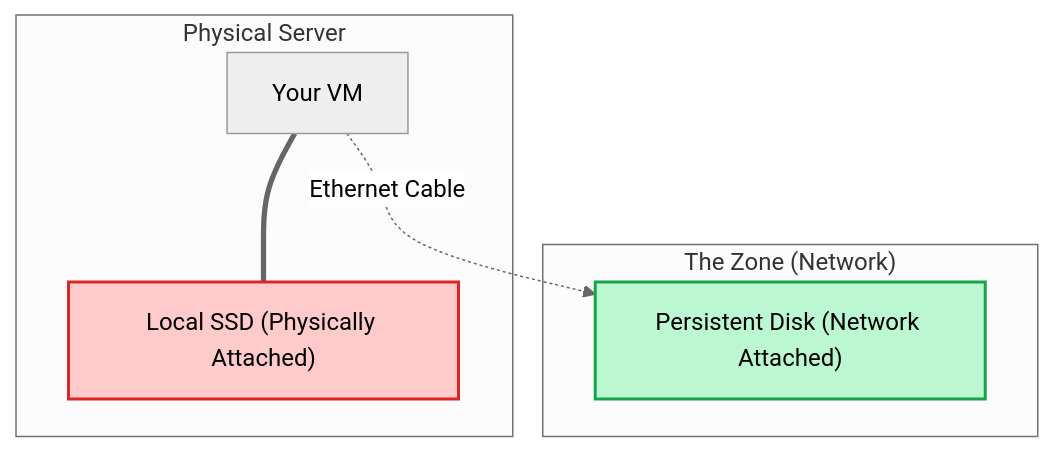
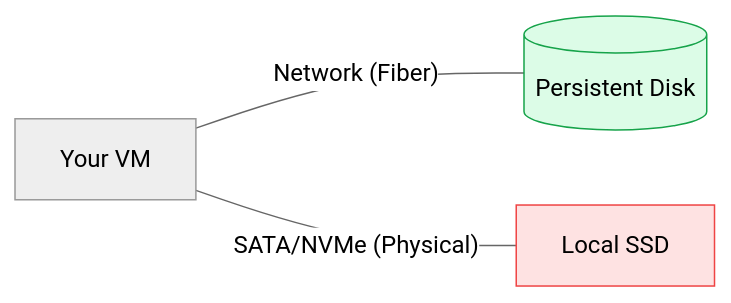
Before and after one commit to jyothivempa/gcp-study-plan: the second of 2 diagrams in curriculum/content/section_5_storage_basics.md, drawn with Mermaid (neutral theme). The commit also changed other lines of this file and 72 other files, not shown here.

````diff
--- a/curriculum/content/section_5_storage_basics.md
+++ b/curriculum/content/section_5_storage_basics.md
@@ -45,17 +65,8 @@
 ```mermaid
-graph TD
-    subgraph Host ["Physical Server"]
-        VM["Your VM"]
-        LSSD["Local SSD (Physically Attached)"]
-        VM === LSSD
-    end
+graph LR
+    VM[Your VM] -- "Network (Fiber)" --- PD[(Persistent Disk)]
+    VM -- "SATA/NVMe (Physical)" --- LSSD["Local SSD"]
     
-    subgraph Network ["The Zone (Network)"]
-        PD["Persistent Disk (Network Attached)"]
-    end
-    
-    VM -.->|Ethernet Cable| PD
-    
-    style LSSD fill:#fecaca,stroke:#dc2626,stroke-width:2px
-    style PD fill:#bbf7d0,stroke:#16a34a,stroke-width:2px
+    style PD fill:#dcfce7,stroke:#16a34a
+    style LSSD fill:#fee2e2,stroke:#ef4444
 ```
````
